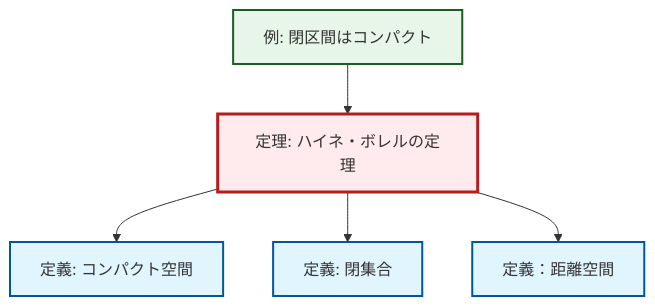
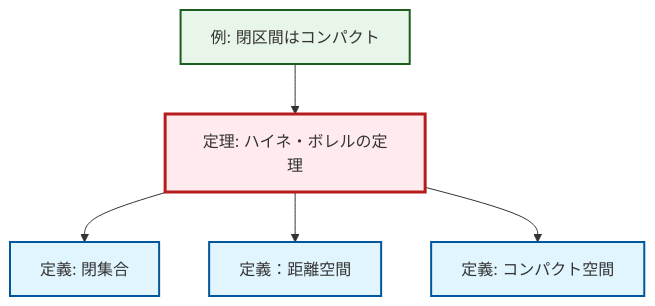
The diagram in content/ja/topology/thm-heine-borel.qmd (RK0429/ModernMath), drawn with Mermaid before and after one commit. The commit also changed 672 other files, not shown here.

````diff
--- a/content/ja/topology/thm-heine-borel.qmd
+++ b/content/ja/topology/thm-heine-borel.qmd
@@ -49,23 +49,23 @@
 ```{mermaid}
-%%| fig-cap: "Local dependency graph"
+%%| fig-cap: "ローカル依存関係グラフ"
 graph TD
     classDef definition fill:#e1f5fe,stroke:#01579b,stroke-width:2px
     classDef theorem fill:#f3e5f5,stroke:#4a148c,stroke-width:2px
     classDef axiom fill:#fff3e0,stroke:#e65100,stroke-width:2px
     classDef example fill:#e8f5e9,stroke:#1b5e20,stroke-width:2px
     classDef current fill:#ffebee,stroke:#b71c1c,stroke-width:3px
+    def-compact["定義: コンパクト空間"]:::definition
     def-metric-space["定義：距離空間"]:::definition
-    def-compact["定義: コンパクト空間"]:::definition
     def-closed-set["定義: 閉集合"]:::definition
+    ex-closed-interval-compact["例: 閉区間はコンパクト"]:::example
     thm-heine-borel["定理: ハイネ・ボレルの定理"]:::theorem
-    ex-closed-interval-compact["例: 閉区間はコンパクト"]:::example
+    thm-heine-borel --> def-closed-set
+    ex-closed-interval-compact --> thm-heine-borel
+    thm-heine-borel --> def-metric-space
     thm-heine-borel --> def-compact
-    thm-heine-borel --> def-closed-set
-    thm-heine-borel --> def-metric-space
-    ex-closed-interval-compact --> thm-heine-borel
     class thm-heine-borel current
+    click def-compact "def-compact.html" "コンパクト空間の定義へ"
     click def-metric-space "def-metric-space.html" "定義：距離空間へ"
-    click def-compact "def-compact.html" "コンパクト空間の定義へ"
     click def-closed-set "def-closed-set.html" "閉集合の定義へ"
     click ex-closed-interval-compact "ex-closed-interval-compact.html" "閉区間はコンパクトの例へ"
 ```
````
